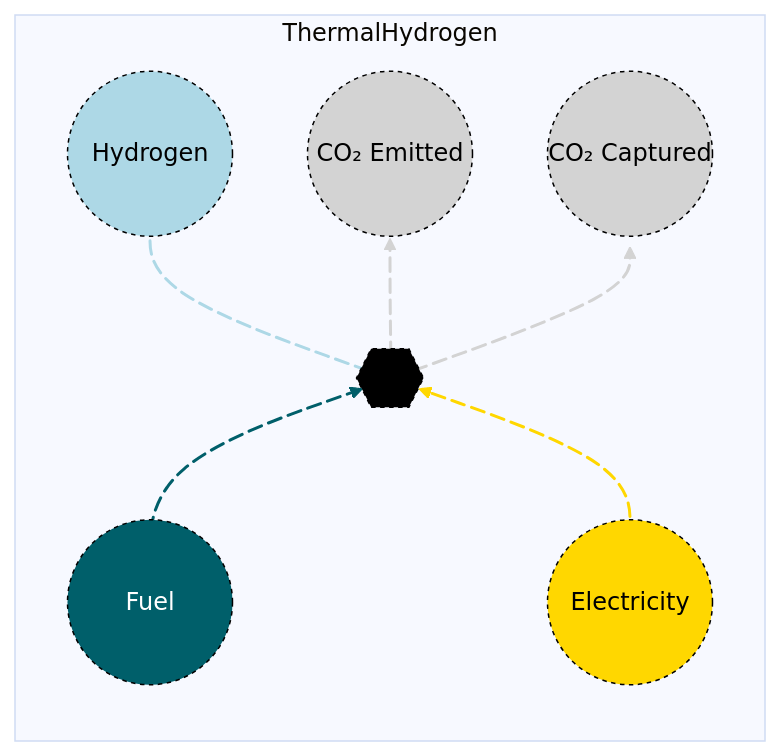
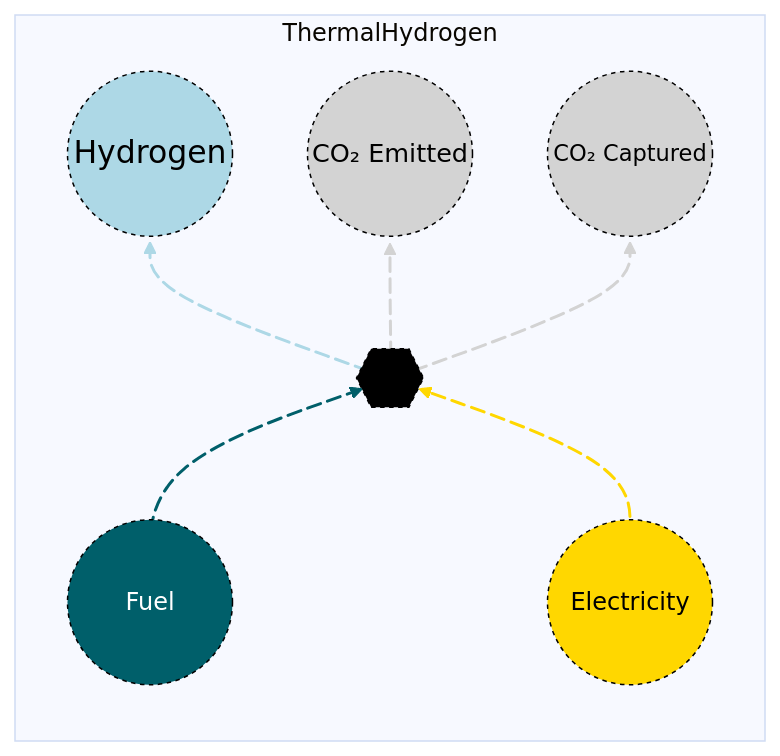
One commit to openmod-tracker/MacroEnergy.jl changed the diagram in docs/src/Manual/assets/thermalhydrogen.md. Above: the diagram before and after it, drawn with Mermaid. The commit also changed 12 other files, not shown here.

Commit message:
Fix Mermaid diagram rendering issues in asset library

````diff
--- a/docs/src/Manual/assets/thermalhydrogen.md
+++ b/docs/src/Manual/assets/thermalhydrogen.md
@@ -27,29 +27,29 @@
 ```mermaid
 %%{init: {'theme': 'base', 'themeVariables': { 'background': '#D1EBDE' }}}%%
 flowchart LR
   subgraph ThermalHydrogen
     direction BT
     A((Fuel)) e1@--> C{{..}}
     B((Electricity)) e2@--> C{{..}}
     C{{..}} e3@--> D((Hydrogen))
     C{{..}} e4@--> E((CO₂ Emitted))
     C{{..}} e5@--> F((CO₂ Captured))
     e1@{ animate: true }
     e2@{ animate: true }
     e3@{ animate: true }
     e4@{ animate: true }
     e5@{ animate: true }
   end
   
   style A r:55px,fill:#005F6A,stroke:black,color:white,stroke-dasharray: 3,5;
   style B r:55px,fill:#FFD700,stroke:black,color:black,stroke-dasharray: 3,5;
   style C r:55px,fill:black,stroke:black,color:black, stroke-dasharray: 3,5;
-  style D r:55px,fill:lightblue,stroke:black,color:black,stroke-dasharray: 3,5;
-  style E r:55px,fill:lightgray,stroke:black,color:black,stroke-dasharray: 3,5;
-  style F r:55px,fill:lightgray,stroke:black,color:black,stroke-dasharray: 3,5;
+  style D font-size:21px,r:55px,fill:lightblue,stroke:black,color:black,stroke-dasharray: 3,5;
+  style E font-size:17px,r:55px,fill:lightgray,stroke:black,color:black,stroke-dasharray: 3,5;
+  style F font-size:15px,r:55px,fill:lightgray,stroke:black,color:black,stroke-dasharray: 3,5;
 
   linkStyle 0 stroke:#005F6A, stroke-width: 2px;
   linkStyle 1 stroke:#FFD700, stroke-width: 2px;
   linkStyle 2 stroke:lightblue, stroke-width: 2px;
   linkStyle 3,4 stroke:lightgray, stroke-width: 2px;
 ```
````
